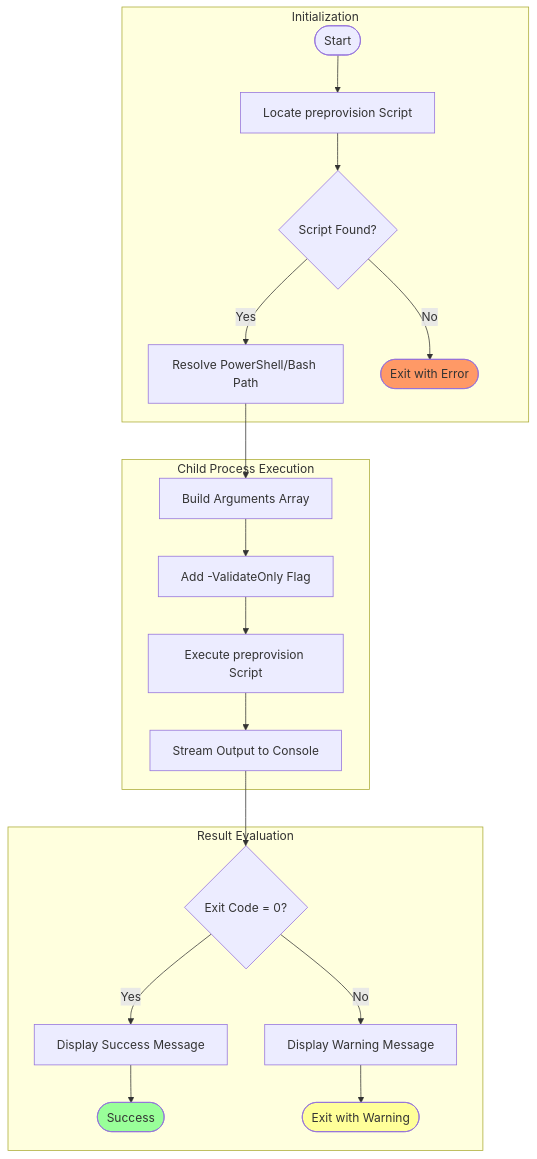
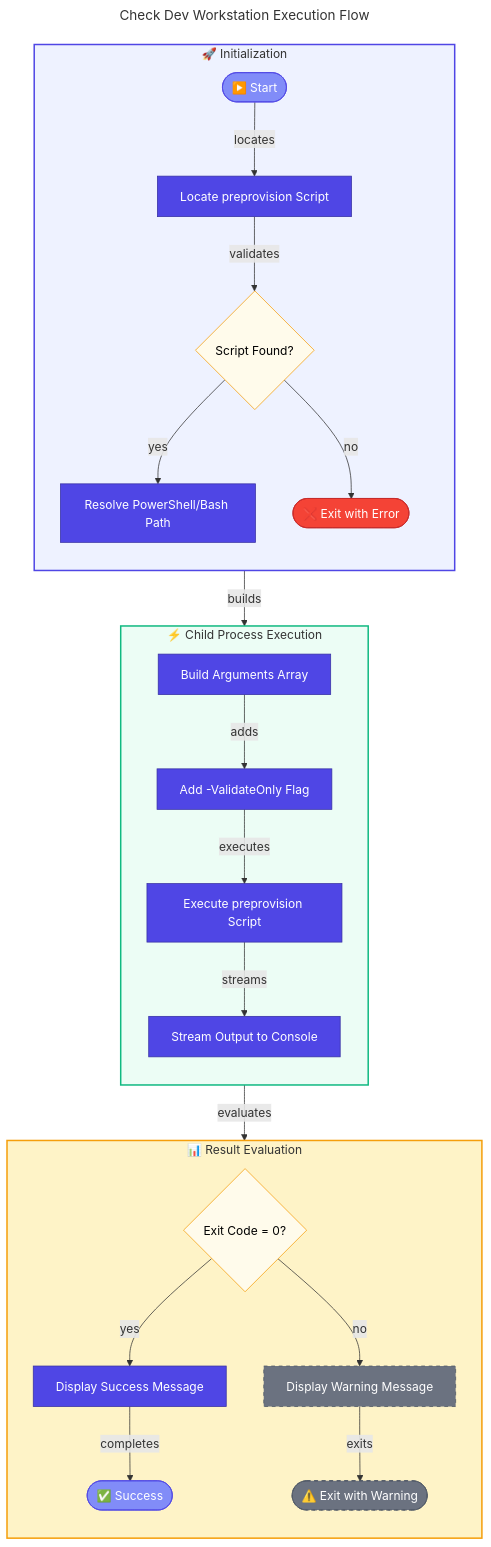
Before and after one commit to Evilazaro/Azure-LogicApps-Monitoring: the diagram in docs/hooks/check-dev-workstation.md, drawn with Mermaid. The commit also changed 2 other files, not shown here.

Commit message:
docs: Enhance workflow diagrams for check-dev-workstation, postinfradelete, and postprovision with improved structure, styling, and clarity

````diff
--- a/docs/hooks/check-dev-workstation.md
+++ b/docs/hooks/check-dev-workstation.md
@@ -71,28 +71,52 @@
 ```mermaid
+---
+title: Check Dev Workstation Execution Flow
+---
 flowchart TD
-    subgraph Initialization
-        A([Start]) --> B[Locate preprovision Script]
-        B --> C{Script Found?}
-        C -->|Yes| D[Resolve PowerShell/Bash Path]
-        C -->|No| Z([Exit with Error])
+    %% ===== INITIALIZATION PHASE =====
+    subgraph Initialization["🚀 Initialization"]
+        direction TB
+        Start(["▶️ Start"]) -->|locates| LocateScript["Locate preprovision Script"]
+        LocateScript -->|validates| ScriptFound{"Script Found?"}
+        ScriptFound -->|yes| ResolvePath["Resolve PowerShell/Bash Path"]
+        ScriptFound -->|no| ExitError(["❌ Exit with Error"])
     end
     
-    subgraph Execution["Child Process Execution"]
-        D --> E[Build Arguments Array]
-        E --> F[Add -ValidateOnly Flag]
-        F --> G[Execute preprovision Script]
-        G --> H[Stream Output to Console]
+    %% ===== EXECUTION PHASE =====
+    subgraph Execution["⚡ Child Process Execution"]
+        direction TB
+        ResolvePath -->|builds| BuildArgs["Build Arguments Array"]
+        BuildArgs -->|adds| AddFlag["Add -ValidateOnly Flag"]
+        AddFlag -->|executes| ExecScript["Execute preprovision Script"]
+        ExecScript -->|streams| StreamOutput["Stream Output to Console"]
     end
     
-    subgraph Results["Result Evaluation"]
-        H --> I{Exit Code = 0?}
-        I -->|Yes| J[Display Success Message]
-        I -->|No| K[Display Warning Message]
-        J --> L([Success])
-        K --> M([Exit with Warning])
+    %% ===== RESULTS PHASE =====
+    subgraph Results["📊 Result Evaluation"]
+        direction TB
+        StreamOutput -->|evaluates| CheckExit{"Exit Code = 0?"}
+        CheckExit -->|yes| SuccessMsg["Display Success Message"]
+        CheckExit -->|no| WarnMsg["Display Warning Message"]
+        SuccessMsg -->|completes| Success(["✅ Success"])
+        WarnMsg -->|exits| Warning(["⚠️ Exit with Warning"])
     end
     
-    style Z fill:#f96
-    style L fill:#9f9
-    style M fill:#ff9
+    %% ===== NODE STYLING =====
+    classDef primary fill:#4F46E5,stroke:#3730A3,color:#FFFFFF
+    classDef secondary fill:#10B981,stroke:#059669,color:#FFFFFF
+    classDef decision fill:#FFFBEB,stroke:#F59E0B,color:#000000
+    classDef failed fill:#F44336,stroke:#C62828,color:#FFFFFF
+    classDef trigger fill:#818CF8,stroke:#4F46E5,color:#FFFFFF
+    classDef external fill:#6B7280,stroke:#4B5563,color:#FFFFFF,stroke-dasharray:5 5
+    
+    class Start,Success trigger
+    class LocateScript,ResolvePath,BuildArgs,AddFlag,ExecScript,StreamOutput,SuccessMsg primary
+    class ScriptFound,CheckExit decision
+    class ExitError failed
+    class WarnMsg,Warning external
+    
+    %% ===== SUBGRAPH STYLING =====
+    style Initialization fill:#EEF2FF,stroke:#4F46E5,stroke-width:2px
+    style Execution fill:#ECFDF5,stroke:#10B981,stroke-width:2px
+    style Results fill:#FEF3C7,stroke:#F59E0B,stroke-width:2px
 ```
````
